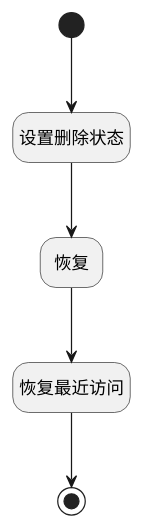
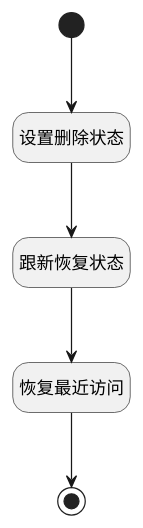
Before and after one commit to iBizLab/plm: the diagram in doc/docsify/module/TestMgmt/library/logic/recover.md, drawn with PlantUML. The commit also changed other lines of this file and 1068 other files, not shown here.

````diff
--- a/doc/docsify/module/TestMgmt/library/logic/recover.md
+++ b/doc/docsify/module/TestMgmt/library/logic/recover.md
@@ -7,25 +7,25 @@
 ```plantuml
 @startuml
 hide empty description
 <style>
 root {
   HyperlinkColor #42b983
 }
 </style>
 
 hide empty description
 state "开始" as Begin <<start>> [[$./recover#begin {"开始"}]]
 state "设置删除状态" as PREPAREPARAM1  [[$./recover#prepareparam1 {"设置删除状态"}]]
-state "恢复" as DEACTION1  [[$./recover#deaction1 {"恢复"}]]
+state "跟新恢复状态" as DEACTION1  [[$./recover#deaction1 {"跟新恢复状态"}]]
 state "恢复最近访问" as RAWSQLCALL1  [[$./recover#rawsqlcall1 {"恢复最近访问"}]]
 state "结束" as END1 <<end>> [[$./recover#end1 {"结束"}]]
 
 
 Begin --> PREPAREPARAM1
 PREPAREPARAM1 --> DEACTION1
 DEACTION1 --> RAWSQLCALL1
 RAWSQLCALL1 --> END1
 
 
 @enduml
 ```
````
